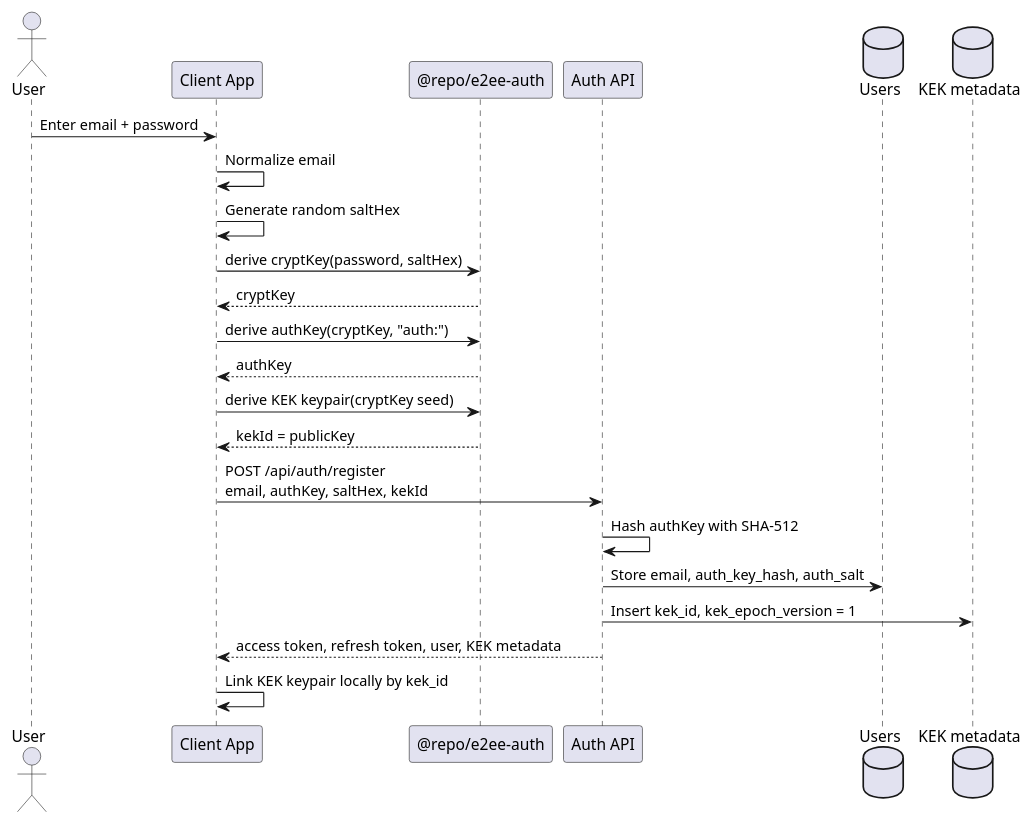
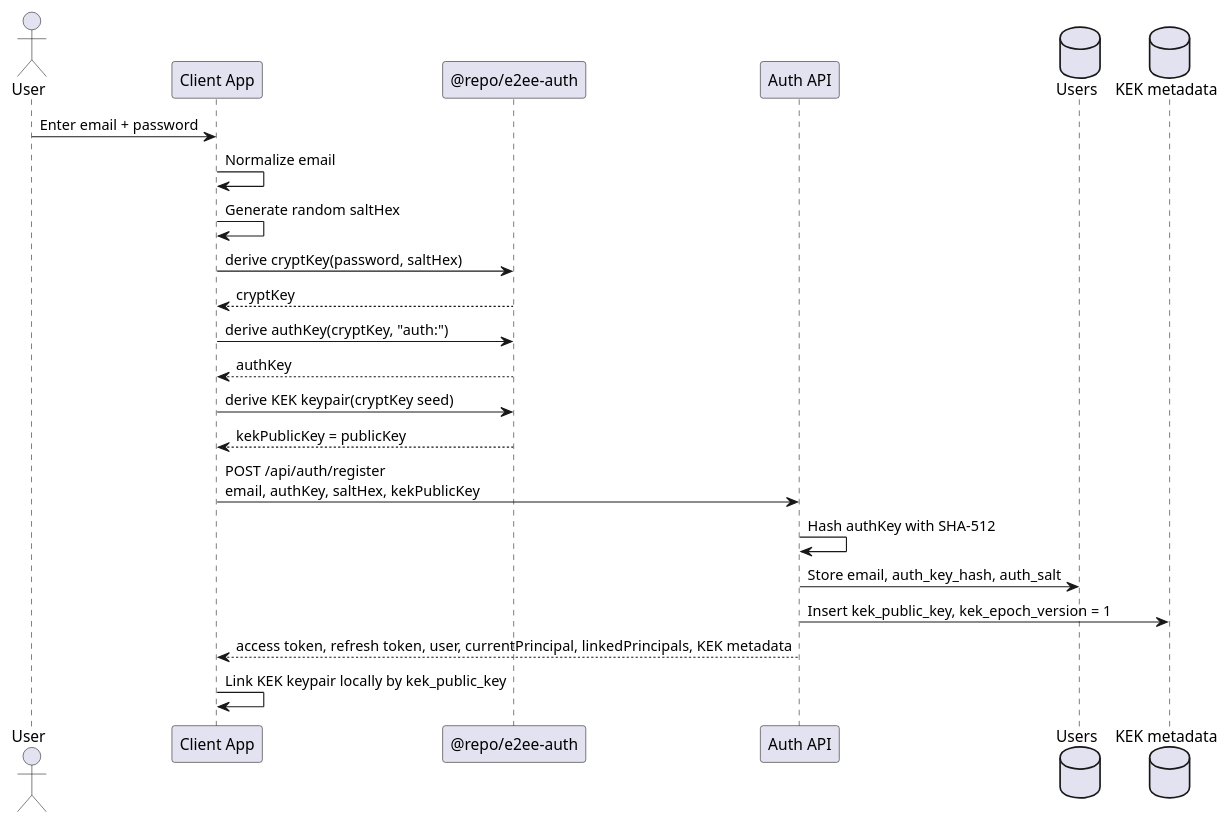
Before and after one commit to benedikt-weyer/preset-reactnative-expo-frontend-rust-backend-e2ee-github: the first of 2 diagrams in apps/docs/docs/auth-authentication.md, drawn with PlantUML. The commit also changed other lines of this file and 27 other files, not shown here.

````diff
--- a/apps/docs/docs/auth-authentication.md
+++ b/apps/docs/docs/auth-authentication.md
@@ -25,28 +25,28 @@
 ```plantuml format="svg_inline" alt="Registration sequence" title="Registration sequence"
 @startuml
 skinparam shadowing false
 
 actor User
 participant "Client App" as Client
 participant "@repo/e2ee-auth" as Shared
 participant "Auth API" as Api
 database "Users" as Users
 database "KEK metadata" as KekMeta
 
 User -> Client: Enter email + password
 Client -> Client: Normalize email
 Client -> Client: Generate random saltHex
 Client -> Shared: derive cryptKey(password, saltHex)
 Shared --> Client: cryptKey
 Client -> Shared: derive authKey(cryptKey, "auth:")
 Shared --> Client: authKey
 Client -> Shared: derive KEK keypair(cryptKey seed)
-Shared --> Client: kekId = publicKey
-Client -> Api: POST /api/auth/register\nemail, authKey, saltHex, kekId
+Shared --> Client: kekPublicKey = publicKey
+Client -> Api: POST /api/auth/register\nemail, authKey, saltHex, kekPublicKey
 Api -> Api: Hash authKey with SHA-512
 Api -> Users: Store email, auth_key_hash, auth_salt
-Api -> KekMeta: Insert kek_id, kek_epoch_version = 1
-Api --> Client: access token, refresh token, user, KEK metadata
-Client -> Client: Link KEK keypair locally by kek_id
+Api -> KekMeta: Insert kek_public_key, kek_epoch_version = 1
+Api --> Client: access token, refresh token, user, currentPrincipal, linkedPrincipals, KEK metadata
+Client -> Client: Link KEK keypair locally by kek_public_key
 @enduml
 ```
````
